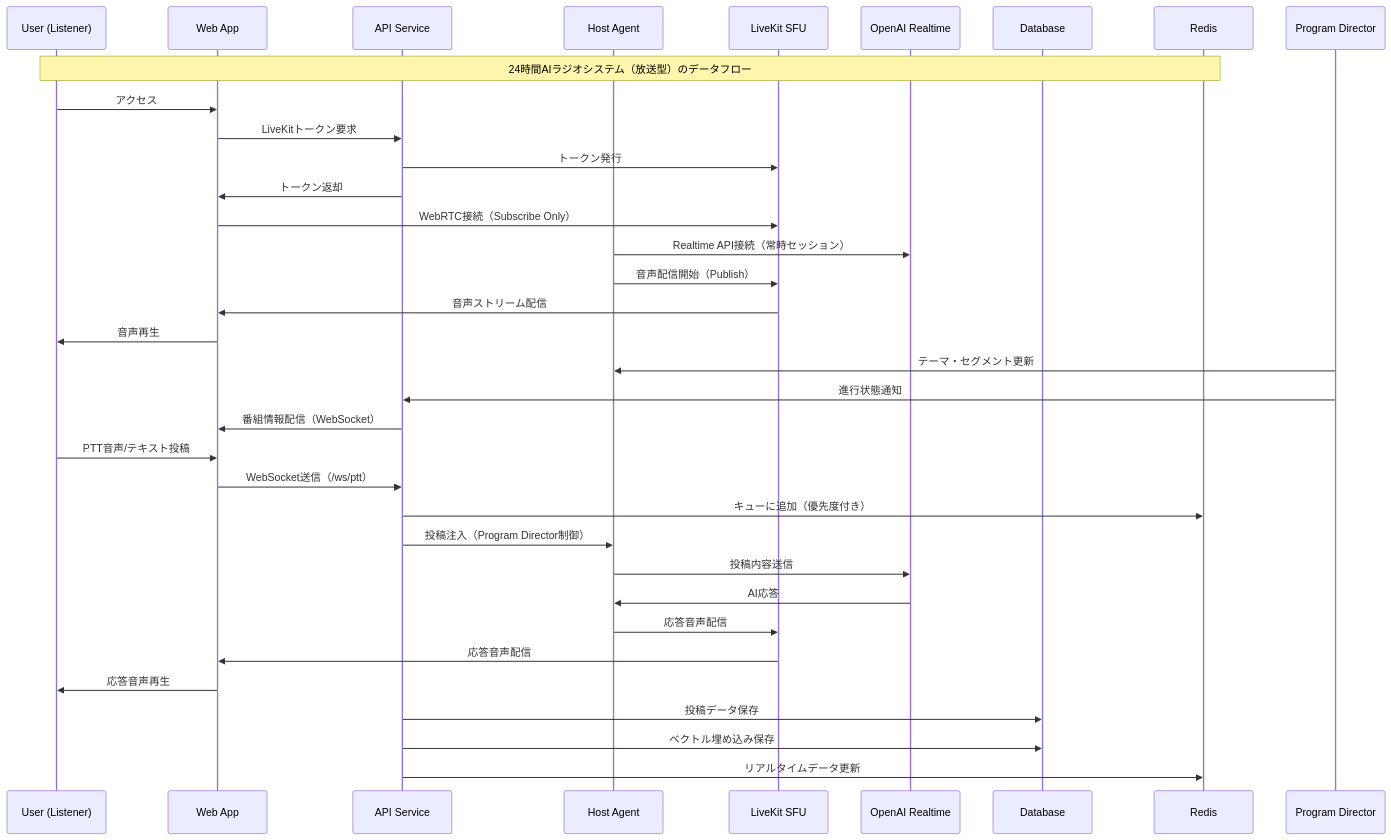
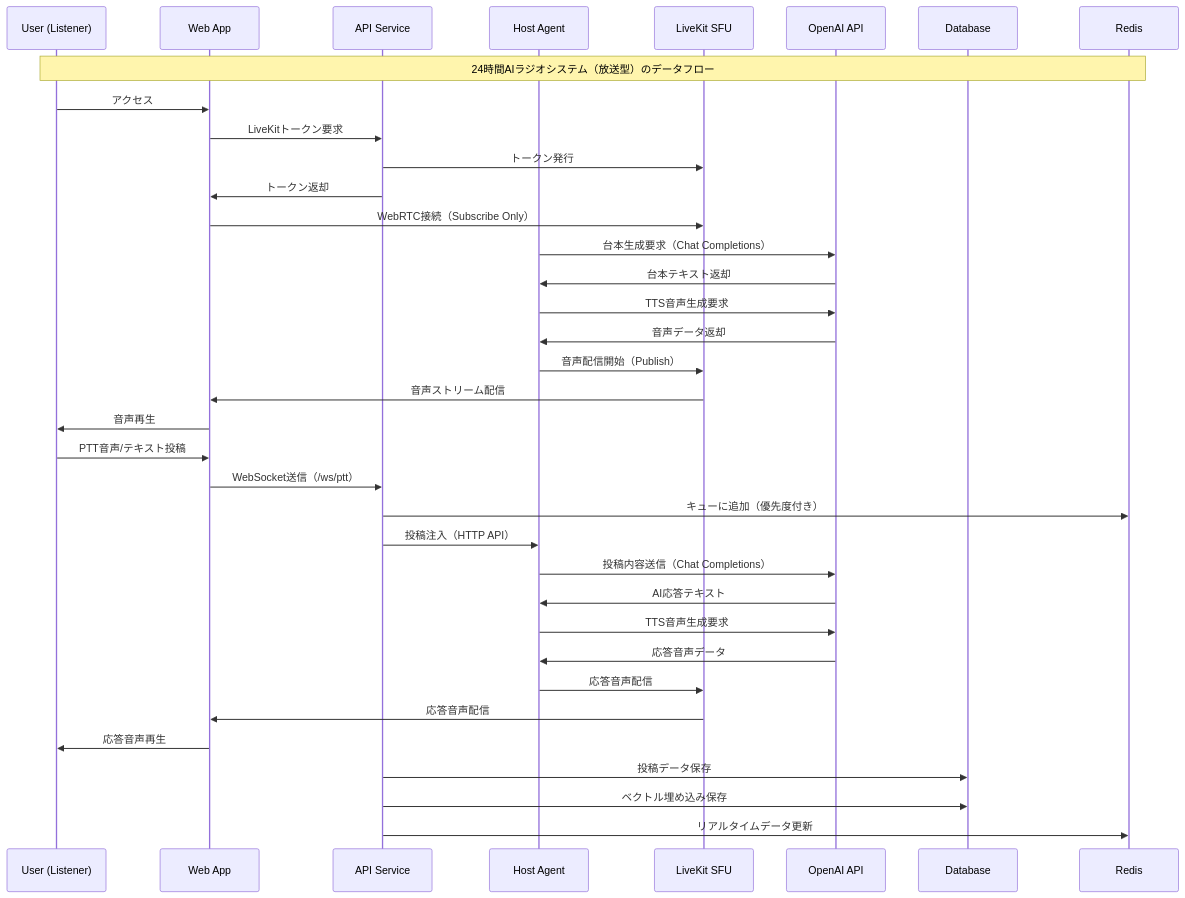
One commit to IzmYuta/Hacz_Ichthyo changed the second of 3 diagrams in docs/architecture-diagram.md. Above: the diagram before and after it, drawn with Mermaid. The commit also changed other lines of this file and 4 other files, not shown here.

````diff
--- a/docs/architecture-diagram.md
+++ b/docs/architecture-diagram.md
@@ -66,48 +70,47 @@
 ```mermaid
 sequenceDiagram
     participant U as User (Listener)
     participant W as Web App
     participant A as API Service
     participant H as Host Agent
     participant L as LiveKit SFU
-    participant O as OpenAI Realtime
+    participant O as OpenAI API
     participant D as Database
     participant R as Redis
-    participant P as Program Director
     
     Note over U,R: 24時間AIラジオシステム（放送型）のデータフロー
     
     %% リスナー接続（Subscribe Only）
     U->>W: アクセス
     W->>A: LiveKitトークン要求
     A->>L: トークン発行
     A->>W: トークン返却
     W->>L: WebRTC接続（Subscribe Only）
     
     %% 常時放送（Host Agent）
-    H->>O: Realtime API接続（常時セッション）
+    H->>O: 台本生成要求（Chat Completions）
+    O->>H: 台本テキスト返却
+    H->>O: TTS音声生成要求
+    O->>H: 音声データ返却
     H->>L: 音声配信開始（Publish）
     L->>W: 音声ストリーム配信
     W->>U: 音声再生
-    
-    %% 番組進行
-    P->>H: テーマ・セグメント更新
-    P->>A: 進行状態通知
-    A->>W: 番組情報配信（WebSocket）
     
     %% PTT投稿処理
     U->>W: PTT音声/テキスト投稿
     W->>A: WebSocket送信（/ws/ptt）
     A->>R: キューに追加（優先度付き）
-    A->>H: 投稿注入（Program Director制御）
-    H->>O: 投稿内容送信
-    O->>H: AI応答
+    A->>H: 投稿注入（HTTP API）
+    H->>O: 投稿内容送信（Chat Completions）
+    O->>H: AI応答テキスト
+    H->>O: TTS音声生成要求
+    O->>H: 応答音声データ
     H->>L: 応答音声配信
     L->>W: 応答音声配信
     W->>U: 応答音声再生
     
     %% データ保存
     A->>D: 投稿データ保存
     A->>D: ベクトル埋め込み保存
     A->>R: リアルタイムデータ更新
 ```
````
